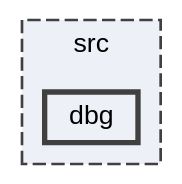
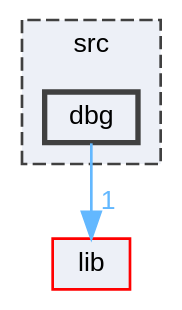
Before and after one commit to helcsnewsxd/gsc-interpreter: the diagram in dir_ad6ae32d412c820ce17341717c8bcfee_dep.dot, drawn with Graphviz. The commit also changed 60 other files, not shown here.

```diff
--- a/dir_ad6ae32d412c820ce17341717c8bcfee_dep.dot
+++ b/dir_ad6ae32d412c820ce17341717c8bcfee_dep.dot
@@ -1,12 +1,14 @@
 digraph "src/dbg"
 {
  // LATEX_PDF_SIZE
   bgcolor="transparent";
   edge [fontname=Helvetica,fontsize=10,labelfontname=Helvetica,labelfontsize=10];
   node [fontname=Helvetica,fontsize=10,shape=box,height=0.2,width=0.4];
   compound=true
   subgraph clusterdir_68267d1309a1af8e8297ef4c3efbcdba {
     graph [ bgcolor="#edf0f7", pencolor="grey25", label="src", fontname=Helvetica,fontsize=10 style="filled,dashed", URL="dir_68267d1309a1af8e8297ef4c3efbcdba.html",tooltip=""]
   dir_ad6ae32d412c820ce17341717c8bcfee [label="dbg", fillcolor="#edf0f7", color="grey25", style="filled,bold", URL="dir_ad6ae32d412c820ce17341717c8bcfee.html",tooltip=""];
   }
+  dir_97aefd0d527b934f1d99a682da8fe6a9 [label="lib", fillcolor="#edf0f7", color="red", style="filled", URL="dir_97aefd0d527b934f1d99a682da8fe6a9.html",tooltip=""];
+  dir_ad6ae32d412c820ce17341717c8bcfee->dir_97aefd0d527b934f1d99a682da8fe6a9 [headlabel="1", labeldistance=1.5 headhref="dir_000002_000004.html" href="dir_000002_000004.html" color="steelblue1" fontcolor="steelblue1"];
 }
```
